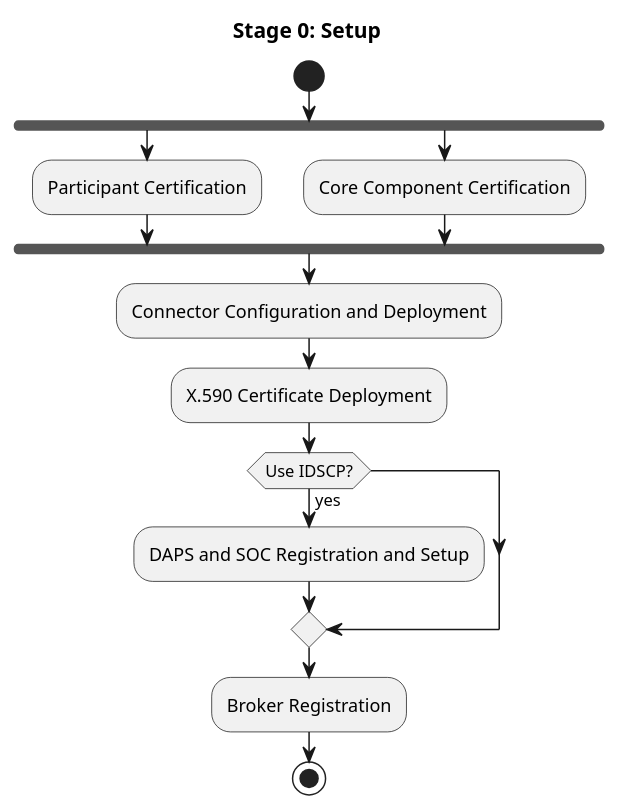
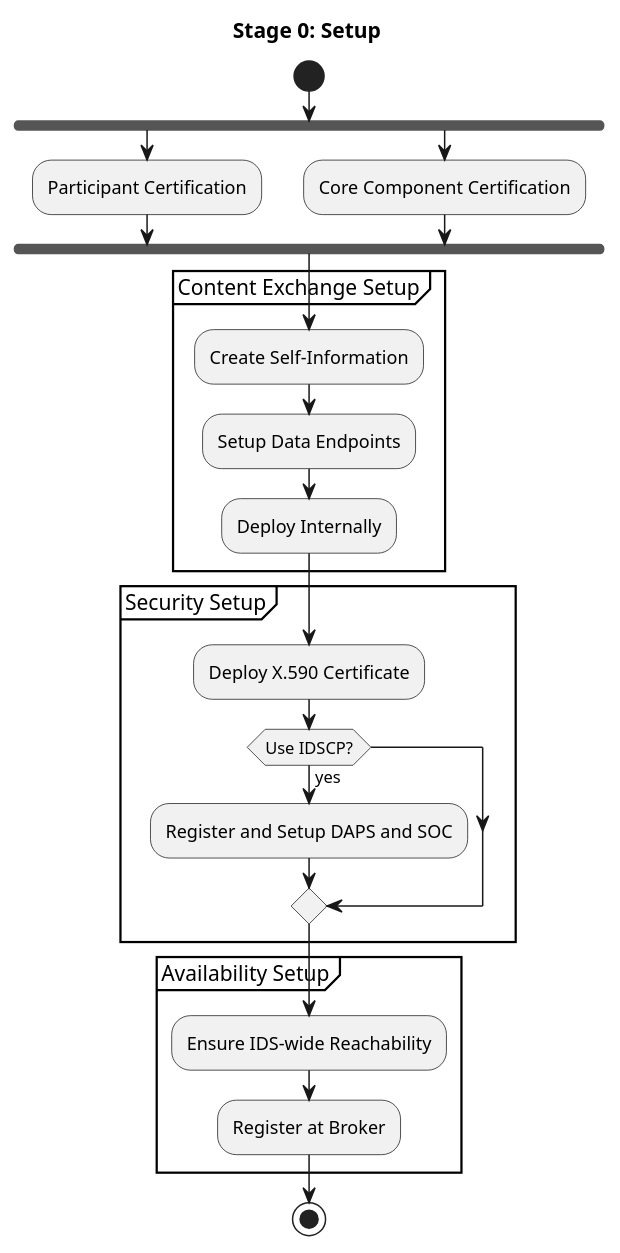
The diagram in stage0_setup.plantuml (IndustrialDataSpace/Documentation), drawn with PlantUML before and after one commit.

Commit message:
add partitions

```diff
--- a/stage0_setup.plantuml
+++ b/stage0_setup.plantuml
@@ -1,24 +1,34 @@
 @startuml
 
 start
 
 title Stage 0: Setup
 
 fork
 :Participant Certification;
 fork again
 :Core Component Certification;
 end fork
 
-:Connector Configuration and Deployment;
-:X.590 Certificate Deployment;
+partition "Content Exchange Setup" {
+	:Create Self-Information;
+	:Setup Data Endpoints;
+	:Deploy Internally;
+}
 
-if (Use IDSCP?) then (yes)
-    :DAPS and SOC Registration and Setup;
-endif
+partition "Security Setup" {
+    :Deploy X.590 Certificate;
 
-:Broker Registration;
+    if (Use IDSCP?) then (yes)
+        :Register and Setup DAPS and SOC;
+    endif
+}
+
+partition "Availability Setup" {
+    :Ensure IDS-wide Reachability;
+    :Register at Broker;
+}
 
 stop
 
 @enduml
```
